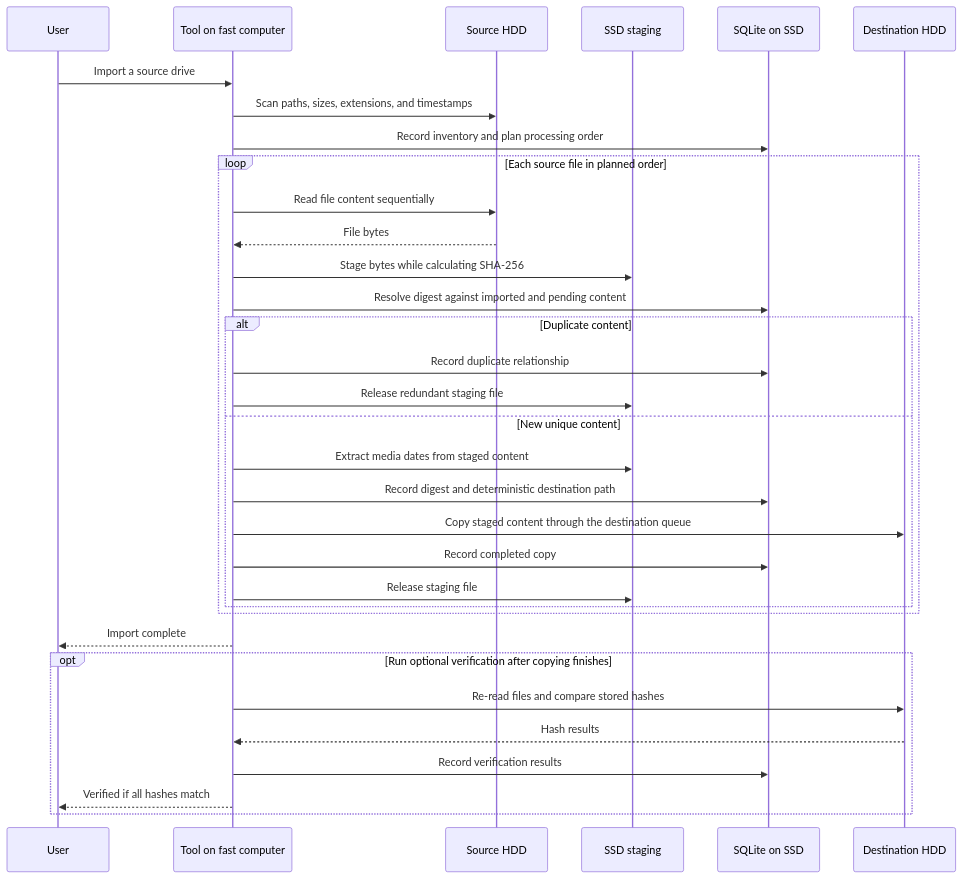
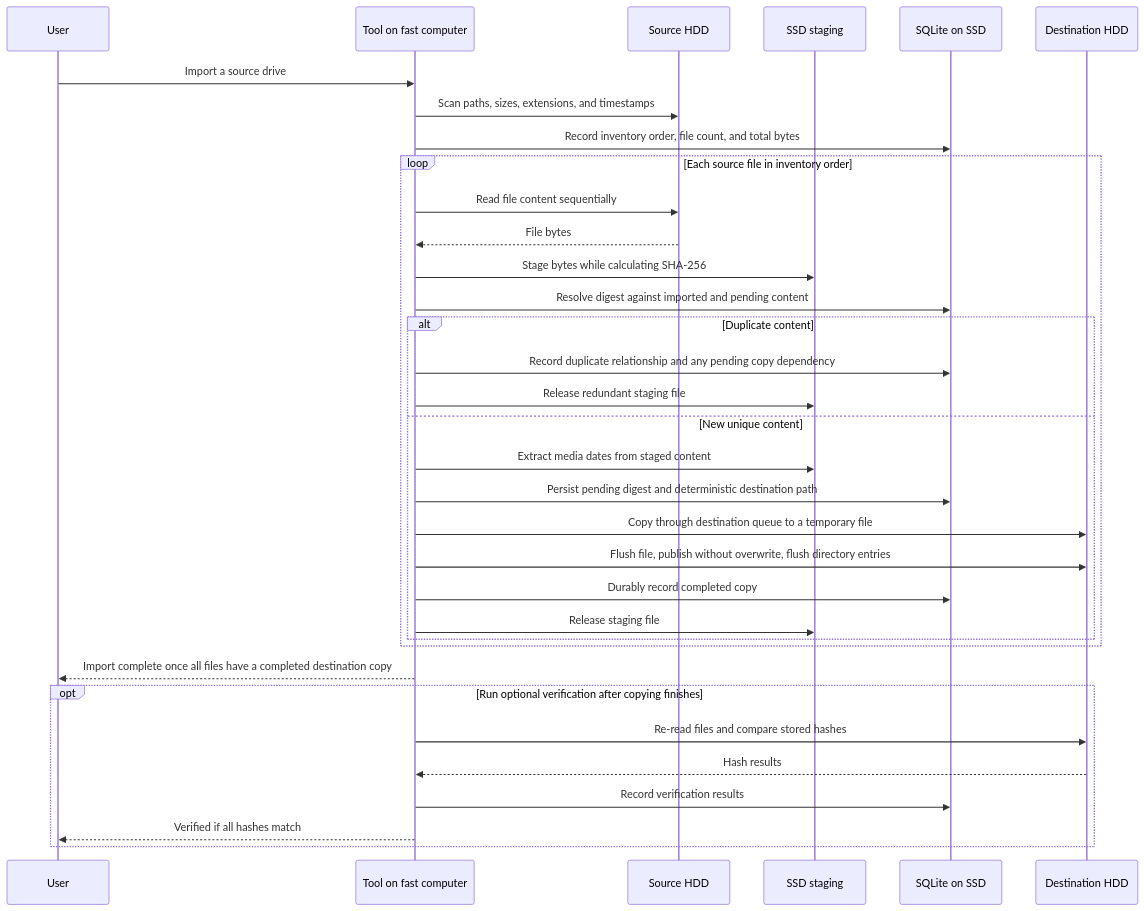
One commit to zakkoo/unduplicator changed the third of 3 diagrams in README.md. Above: the diagram before and after it, drawn with Mermaid. The commit also changed other lines of this file, not shown here.

````diff
--- a/README.md
+++ b/README.md
@@ -48,38 +48,39 @@
 ```mermaid
 sequenceDiagram
     participant U as User
     participant T as Tool on fast computer
     participant S as Source HDD
     participant SSD as SSD staging
     participant DB as SQLite on SSD
     participant D as Destination HDD
 
     U->>T: Import a source drive
     T->>S: Scan paths, sizes, extensions, and timestamps
-    T->>DB: Record inventory and plan processing order
+    T->>DB: Record inventory order, file count, and total bytes
 
-    loop Each source file in planned order
+    loop Each source file in inventory order
         T->>S: Read file content sequentially
         S-->>T: File bytes
         T->>SSD: Stage bytes while calculating SHA-256
         T->>DB: Resolve digest against imported and pending content
         alt Duplicate content
-            T->>DB: Record duplicate relationship
+            T->>DB: Record duplicate relationship and any pending copy dependency
             T->>SSD: Release redundant staging file
         else New unique content
             T->>SSD: Extract media dates from staged content
-            T->>DB: Record digest and deterministic destination path
-            T->>D: Copy staged content through the destination queue
-            T->>DB: Record completed copy
+            T->>DB: Persist pending digest and deterministic destination path
+            T->>D: Copy through destination queue to a temporary file
+            T->>D: Flush file, publish without overwrite, flush directory entries
+            T->>DB: Durably record completed copy
             T->>SSD: Release staging file
         end
     end
-    T-->>U: Import complete
+    T-->>U: Import complete once all files have a completed destination copy
 
     opt Run optional verification after copying finishes
         T->>D: Re-read files and compare stored hashes
         D-->>T: Hash results
         T->>DB: Record verification results
         T-->>U: Verified if all hashes match
     end
 ```
````
